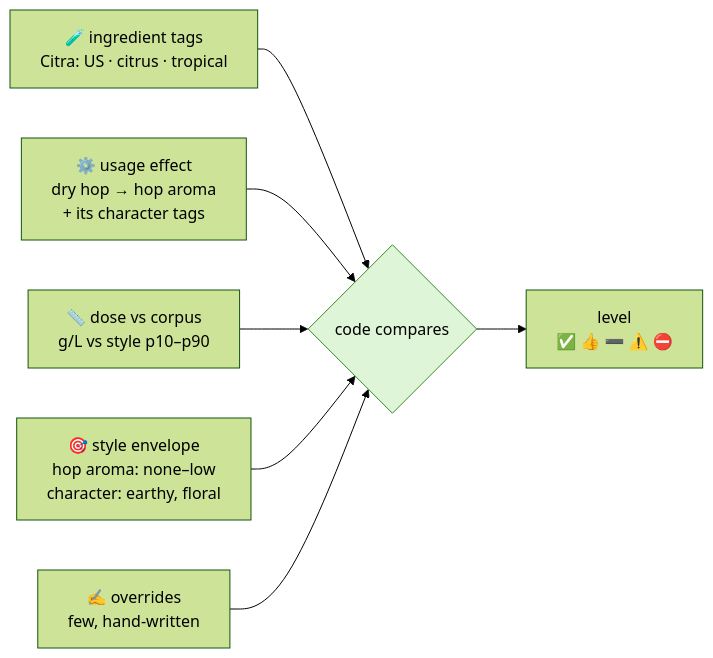
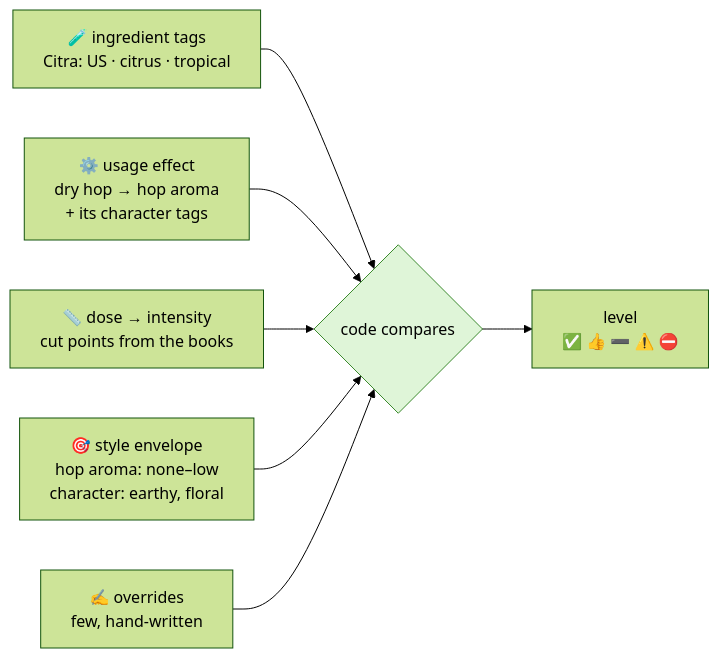
The third of 4 diagrams in docs/RECIPE-ROADMAP.md (badacsonyigorenyember/homebrew_ai), drawn with Mermaid (forest theme) before and after one commit. The commit also changed other lines of this file and 5 other files, not shown here.

````diff
--- a/docs/RECIPE-ROADMAP.md
+++ b/docs/RECIPE-ROADMAP.md
@@ -177,11 +177,11 @@
 ```mermaid
 flowchart LR
     I["🧪 ingredient tags<br/>Citra: US · citrus · tropical"] --> X
     U["⚙️ usage effect<br/>dry hop → hop aroma<br/>+ its character tags"] --> X
-    D["📏 dose vs corpus<br/>g/L vs style p10–p90"] --> X
+    D["📏 dose → intensity<br/>cut points from the books"] --> X
     X{"code compares"}:::code --> L["level<br/>✅ 👍 ➖ ⚠️ ⛔"]
     E["🎯 style envelope<br/>hop aroma: none–low<br/>character: earthy, floral"] --> X
     O["✍️ overrides<br/>few, hand-written"] --> X
 
     classDef code fill:#dff5d8,stroke:#3c8a2e,color:#000
 ```
````
